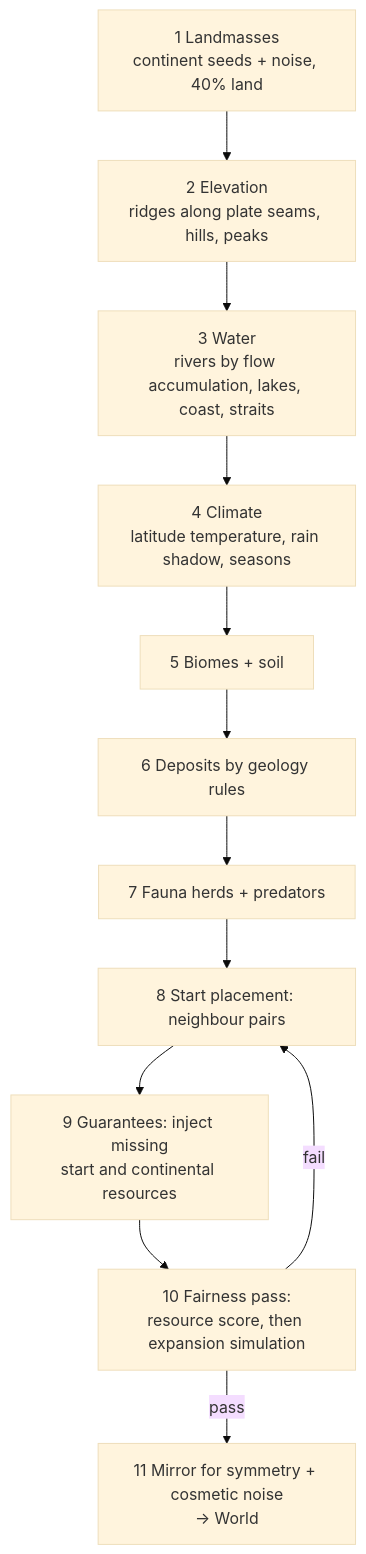
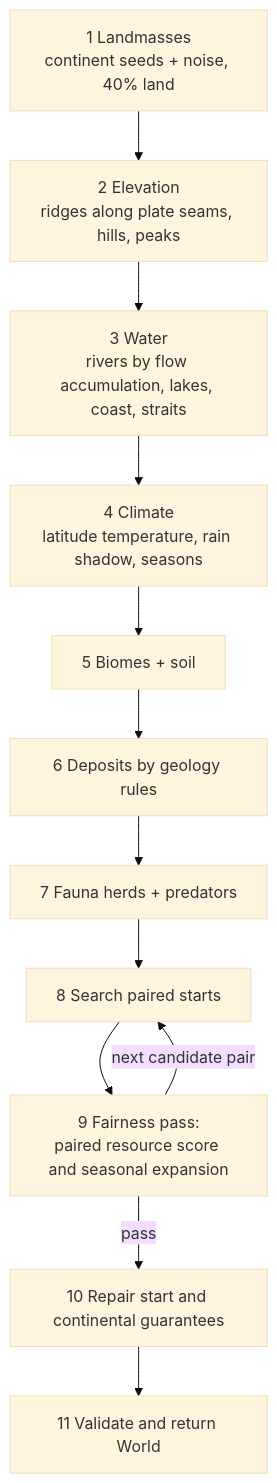
One commit to juchheim/civsim changed the diagram in docs/MVP/12-world-generation.md. Above: the diagram before and after it, drawn with Mermaid (base theme). The commit also changed other lines of this file and 12 other files, not shown here.

````diff
--- a/docs/MVP/12-world-generation.md
+++ b/docs/MVP/12-world-generation.md
@@ -36,14 +36,14 @@
 ```mermaid
 flowchart TD
     A[1 Landmasses<br/>continent seeds + noise, 40% land] --> B[2 Elevation<br/>ridges along plate seams, hills, peaks]
     B --> C[3 Water<br/>rivers by flow accumulation, lakes, coast, straits]
     C --> D[4 Climate<br/>latitude temperature, rain shadow, seasons]
     D --> E[5 Biomes + soil]
     E --> F[6 Deposits by geology rules]
     F --> G[7 Fauna herds + predators]
-    G --> H[8 Start placement: neighbour pairs]
-    H --> I[9 Guarantees: inject missing<br/>start and continental resources]
-    I --> J[10 Fairness pass:<br/>resource score, then expansion simulation]
-    J -->|fail| H
-    J -->|pass| K[11 Mirror for symmetry + cosmetic noise<br/>→ World]
+    G --> H[8 Search paired starts]
+    H --> I[9 Fairness pass:<br/>paired resource score and seasonal expansion]
+    I -->|next candidate pair| H
+    I -->|pass| J[10 Repair start and continental guarantees]
+    J --> K[11 Validate and return World]
 ```
````
